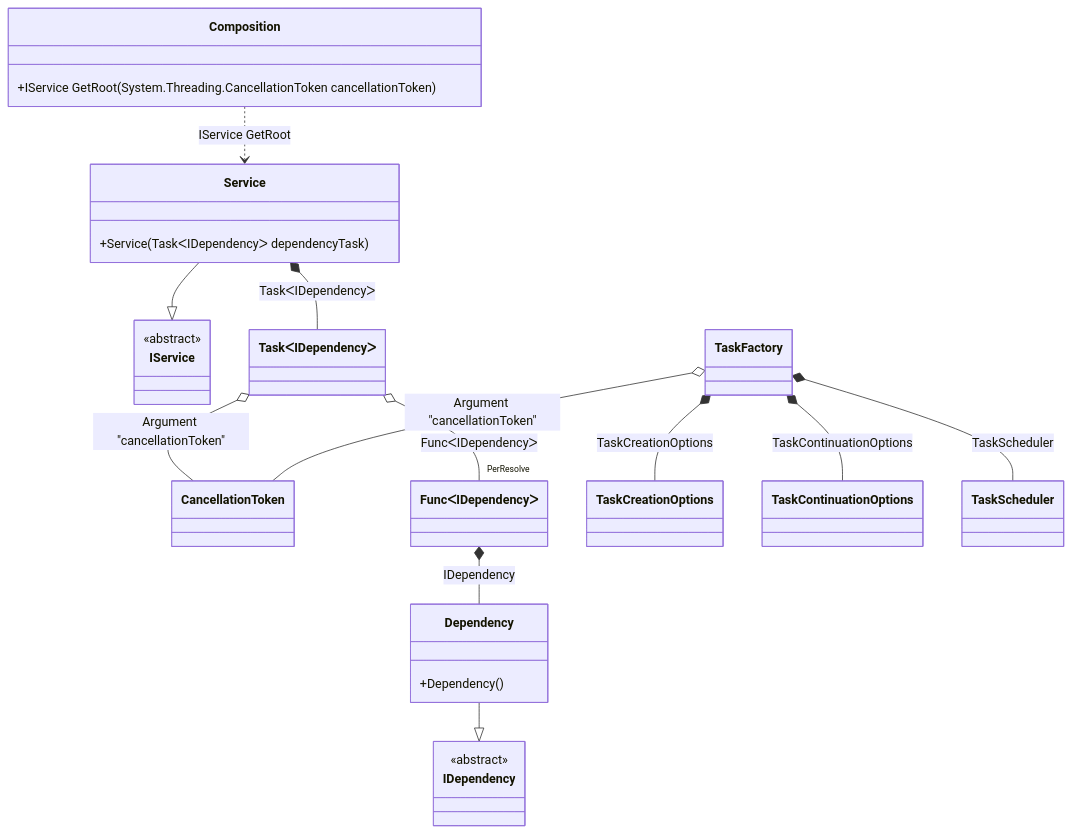
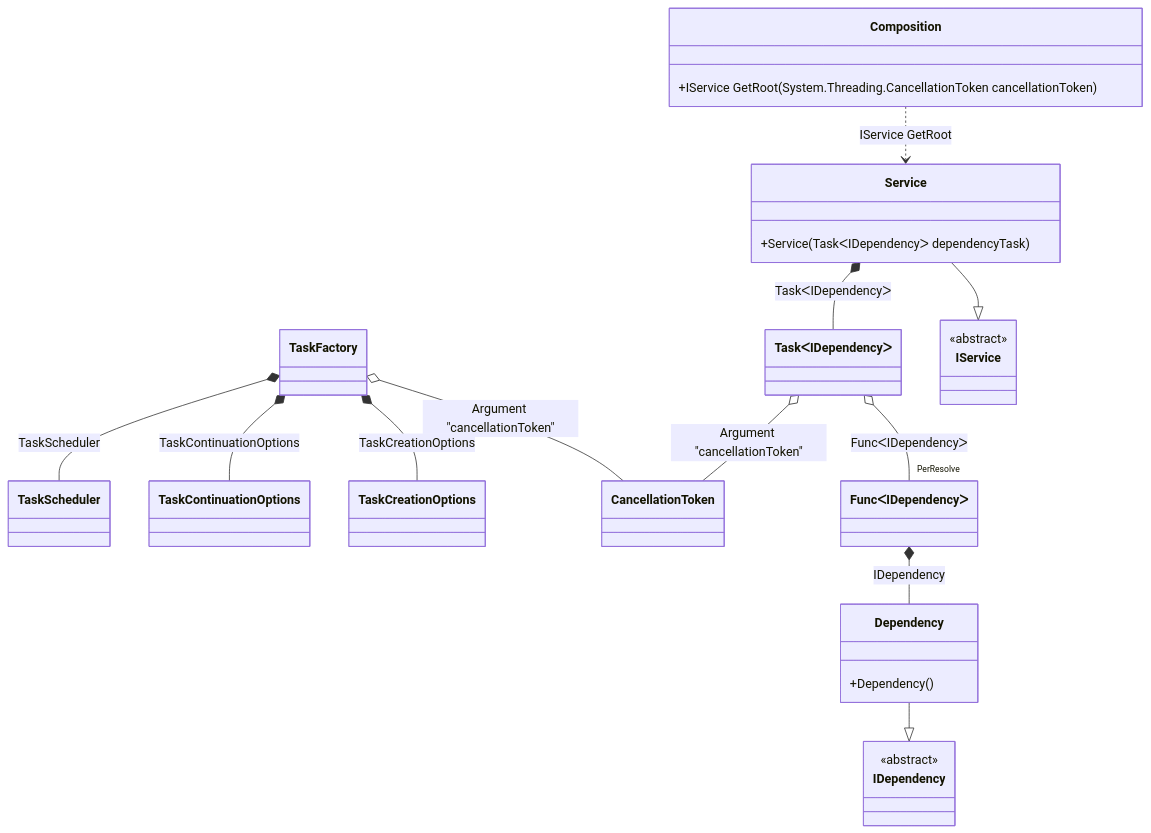
Before and after one commit to DevTeam/Pure.DI: the diagram in readme/manually-started-tasks.md, drawn with Mermaid. The commit also changed other lines of this file and 58 other files, not shown here.

Commit message:
Fixes an issue where overloaded bindings can be applied in the wrong sequence

````diff
--- a/readme/manually-started-tasks.md
+++ b/readme/manually-started-tasks.md
@@ -70,33 +70,33 @@
 ```mermaid
 classDiagram
   class Composition {
     +IService GetRoot(System.Threading.CancellationToken cancellationToken)
   }
+  class TaskFactory
+  class CancellationToken
+  Dependency --|> IDependency : 
+  class Dependency {
+    +Dependency()
+  }
   Service --|> IService : 
   class Service {
     +Service(TaskᐸIDependencyᐳ dependencyTask)
   }
-  Dependency --|> IDependency : 
-  class Dependency {
-    +Dependency()
-  }
-  class TaskFactory
-  class CancellationToken
   class TaskᐸIDependencyᐳ
   class FuncᐸIDependencyᐳ
+  class IDependency {
+    <<abstract>>
+  }
   class IService {
     <<abstract>>
   }
-  class IDependency {
-    <<abstract>>
-  }
-  Service *--  TaskᐸIDependencyᐳ : TaskᐸIDependencyᐳ
   TaskFactory o-- CancellationToken : Argument "cancellationToken"
   TaskFactory *--  TaskCreationOptions : TaskCreationOptions
   TaskFactory *--  TaskContinuationOptions : TaskContinuationOptions
   TaskFactory *--  TaskScheduler : TaskScheduler
+  Service *--  TaskᐸIDependencyᐳ : TaskᐸIDependencyᐳ
   Composition ..> Service : IService GetRoot
   TaskᐸIDependencyᐳ o--  "PerResolve" FuncᐸIDependencyᐳ : FuncᐸIDependencyᐳ
   TaskᐸIDependencyᐳ o-- CancellationToken : Argument "cancellationToken"
   FuncᐸIDependencyᐳ *--  Dependency : IDependency
 ```
````
